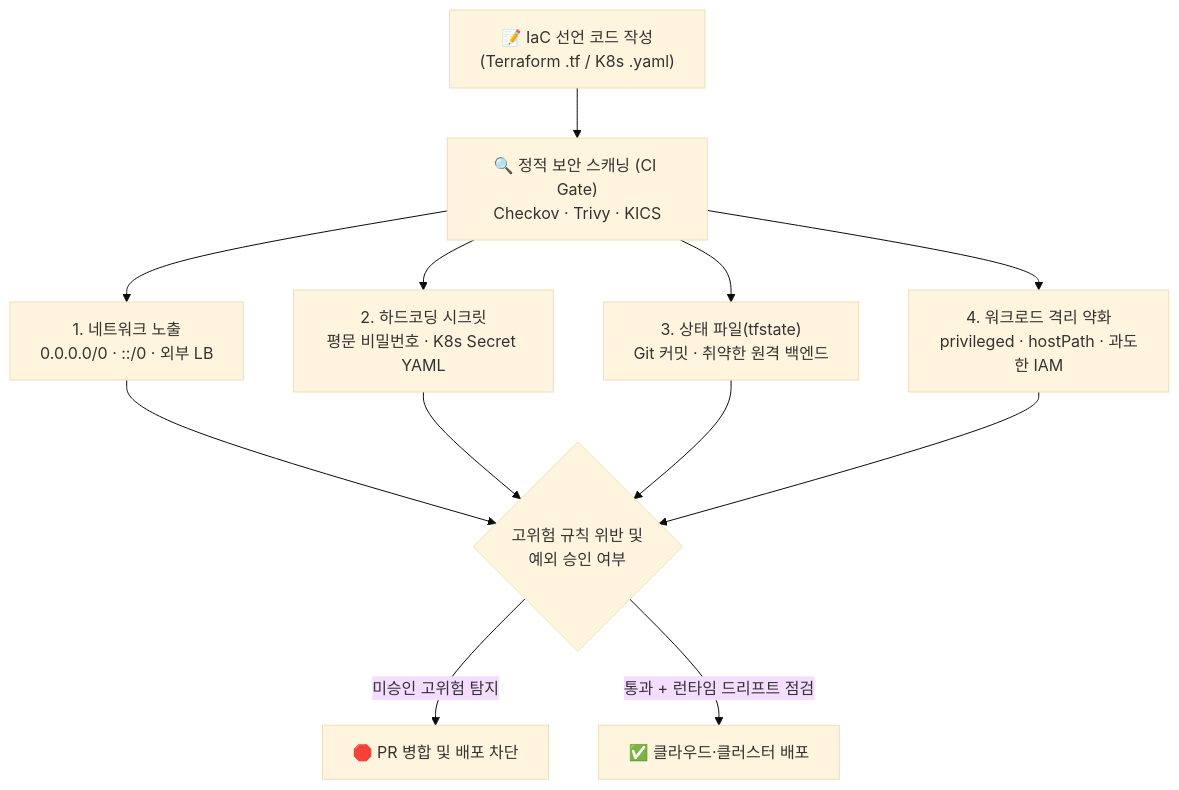
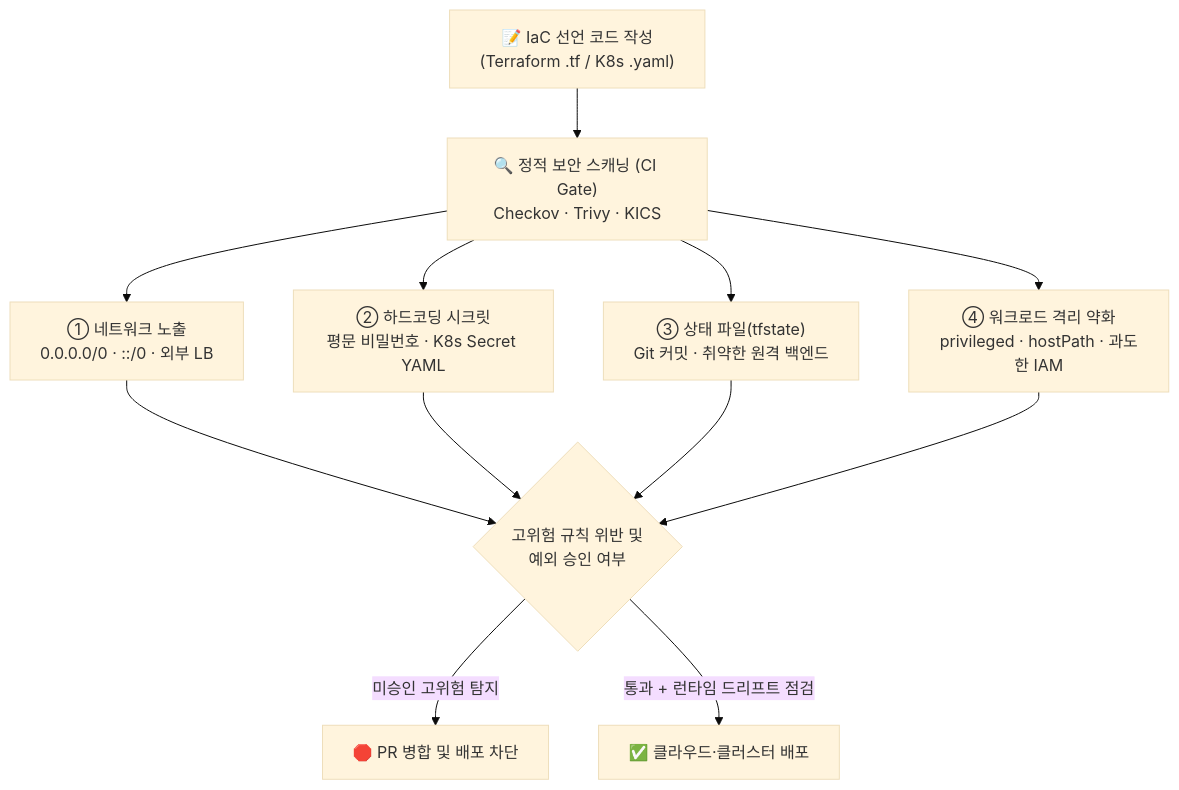
One commit to gooyong-sec/gooyong-sec.github.io changed the first of 3 diagrams in content/클라우드인프라/클라우드 인프라 진단 — IaC 보안 스캐닝(Terraform·K8s manifest).md. Above: the diagram before and after it, drawn with Mermaid (base theme). The commit also changed 28 other files, not shown here.

First line of the commit message:
fix: eliminate remaining mermaid markdown-list misparse across all diagrams

````diff
--- a/content/클라우드인프라/클라우드 인프라 진단 — IaC 보안 스캐닝(Terraform·K8s manifest).md
+++ b/content/클라우드인프라/클라우드 인프라 진단 — IaC 보안 스캐닝(Terraform·K8s manifest).md
@@ -18,12 +18,12 @@
 ```mermaid
 flowchart TD
     Code["📝 IaC 선언 코드 작성<br/>(Terraform .tf / K8s .yaml)"] --> Scan["🔍 정적 보안 스캐닝 (CI Gate)<br/>Checkov · Trivy · KICS"]
     Scan --> R1 & R2 & R3 & R4
-    R1["1. 네트워크 노출<br/>0.0.0.0/0 · ::/0 · 외부 LB"]
-    R2["2. 하드코딩 시크릿<br/>평문 비밀번호 · K8s Secret YAML"]
-    R3["3. 상태 파일(tfstate)<br/>Git 커밋 · 취약한 원격 백엔드"]
-    R4["4. 워크로드 격리 약화<br/>privileged · hostPath · 과도한 IAM"]
+    R1["① 네트워크 노출<br/>0.0.0.0/0 · ::/0 · 외부 LB"]
+    R2["② 하드코딩 시크릿<br/>평문 비밀번호 · K8s Secret YAML"]
+    R3["③ 상태 파일(tfstate)<br/>Git 커밋 · 취약한 원격 백엔드"]
+    R4["④ 워크로드 격리 약화<br/>privileged · hostPath · 과도한 IAM"]
     R1 & R2 & R3 & R4 --> Gate{"고위험 규칙 위반 및<br/>예외 승인 여부"}
     Gate -->|"미승인 고위험 탐지"| Block["🛑 PR 병합 및 배포 차단"]
     Gate -->|"통과 + 런타임 드리프트 점검"| Deploy["✅ 클라우드·클러스터 배포"]
 ```
````
